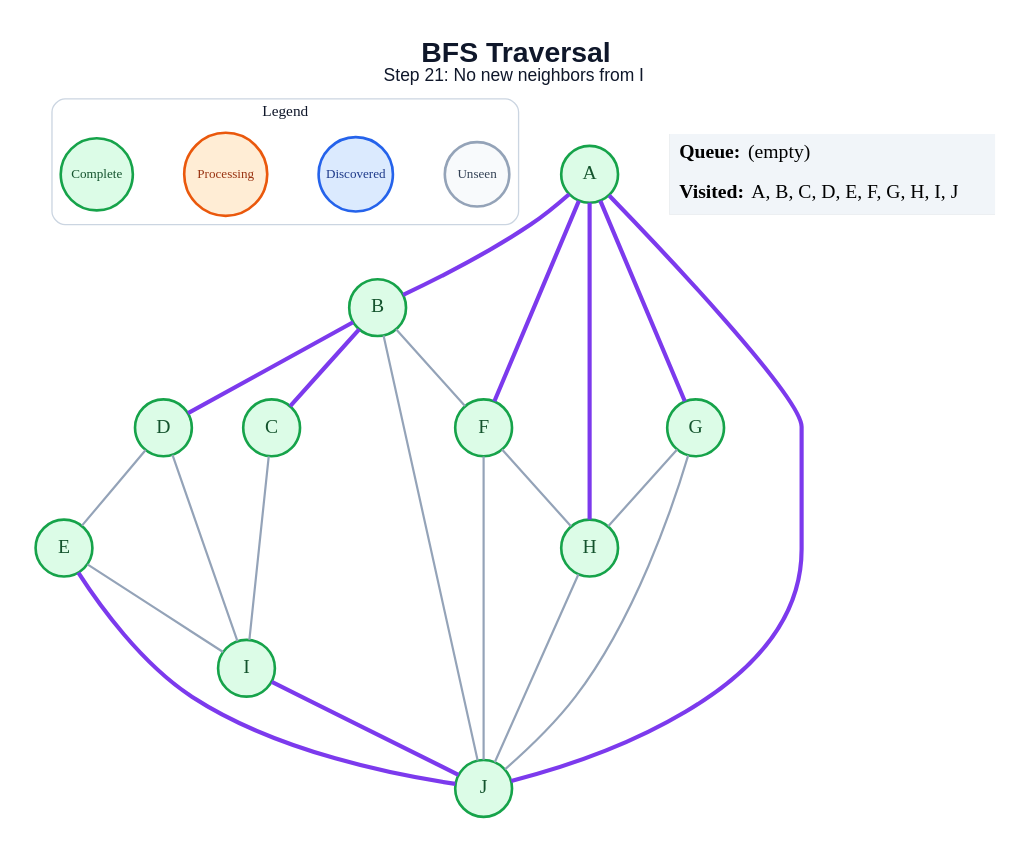
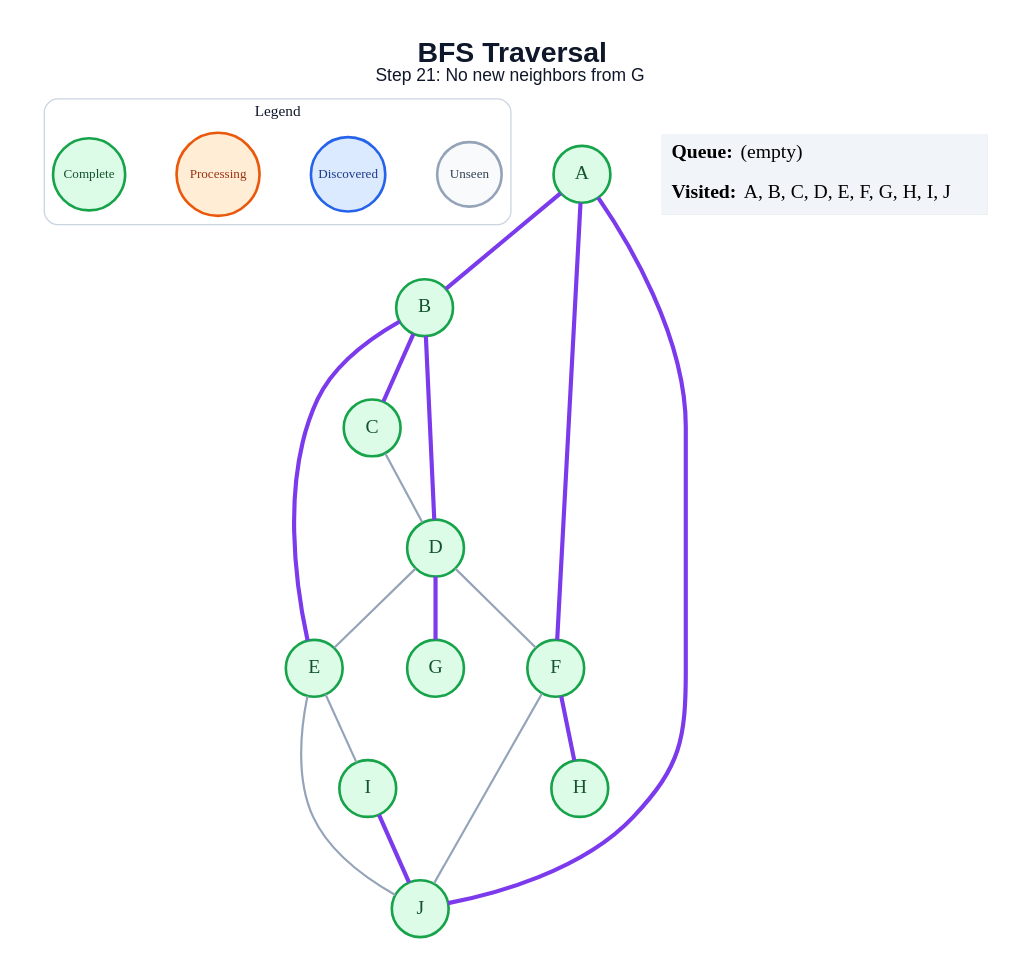
One commit to anon7238593-create/ai-slop changed the diagram in generated/bfs/step_21.dot. Above: the diagram before and after it, drawn with Graphviz. The commit also changed 178 other files, not shown here.

```diff
--- a/generated/bfs/step_21.dot
+++ b/generated/bfs/step_21.dot
@@ -1,49 +1,44 @@
 graph traversal {
   graph [layout=dot, rankdir=TB, bgcolor="#FFFFFF", pad="0.35", nodesep="0.65", ranksep="0.8", fontname="Arial"];
   node [shape=circle, style="filled", fontname="Arial Bold", fontsize=18, width=0.72, fixedsize=true, penwidth=2.4];
   edge [color="#94A3B8", penwidth=2.0];
-  label=<<B>BFS Traversal</B><BR/><FONT POINT-SIZE="16">Step 21: No new neighbors from I</FONT>>; labelloc="t"; fontsize=26; fontname="Arial"; fontcolor="#0F172A";
+  label=<<B>BFS Traversal</B><BR/><FONT POINT-SIZE="16">Step 21: No new neighbors from G</FONT>>; labelloc="t"; fontsize=26; fontname="Arial"; fontcolor="#0F172A";
   subgraph cluster_legend { label="Legend"; color="#CBD5E1"; penwidth=1.2; style="rounded"; fontsize=14; fontname="Arial Bold";
     key_unseen [label="Unseen", fillcolor="#F8FAFC", color="#94A3B8", fontcolor="#334155", fontsize=12, width=0.82];
     key_frontier [label="Discovered", fillcolor="#DBEAFE", color="#2563EB", fontcolor="#1E3A8A", fontsize=12, width=0.95];
     key_current [label="Processing", fillcolor="#FFEDD5", color="#EA580C", fontcolor="#9A3412", fontsize=12, width=1.05];
     key_done [label="Complete", fillcolor="#DCFCE7", color="#16A34A", fontcolor="#14532D", fontsize=12, width=0.92];
     { rank=same; key_unseen; key_frontier; key_current; key_done; }
   }
   A [fillcolor="#DCFCE7", color="#16A34A", fontcolor="#14532D"];
   B [fillcolor="#DCFCE7", color="#16A34A", fontcolor="#14532D"];
   C [fillcolor="#DCFCE7", color="#16A34A", fontcolor="#14532D"];
   D [fillcolor="#DCFCE7", color="#16A34A", fontcolor="#14532D"];
   E [fillcolor="#DCFCE7", color="#16A34A", fontcolor="#14532D"];
   F [fillcolor="#DCFCE7", color="#16A34A", fontcolor="#14532D"];
   G [fillcolor="#DCFCE7", color="#16A34A", fontcolor="#14532D"];
   H [fillcolor="#DCFCE7", color="#16A34A", fontcolor="#14532D"];
   I [fillcolor="#DCFCE7", color="#16A34A", fontcolor="#14532D"];
   J [fillcolor="#DCFCE7", color="#16A34A", fontcolor="#14532D"];
   A -- B [color="#7C3AED", penwidth=3.8];
   A -- F [color="#7C3AED", penwidth=3.8];
-  A -- G [color="#7C3AED", penwidth=3.8];
-  A -- H [color="#7C3AED", penwidth=3.8];
   A -- J [color="#7C3AED", penwidth=3.8];
   B -- C [color="#7C3AED", penwidth=3.8];
   B -- D [color="#7C3AED", penwidth=3.8];
-  B -- F;
-  B -- J;
-  C -- I;
+  B -- E [color="#7C3AED", penwidth=3.8];
+  C -- D;
   D -- E;
-  D -- I;
+  D -- F;
+  D -- G [color="#7C3AED", penwidth=3.8];
   E -- I;
-  E -- J [color="#7C3AED", penwidth=3.8];
-  F -- H;
+  E -- J;
+  F -- H [color="#7C3AED", penwidth=3.8];
   F -- J;
-  G -- H;
-  G -- J;
-  H -- J;
   I -- J [color="#7C3AED", penwidth=3.8];
   status [shape=plain, fixedsize=false, width=0, height=0, margin=0, label=<
     <TABLE BORDER="0" CELLBORDER="0" CELLPADDING="7" BGCOLOR="#F1F5F9">
       <TR><TD ALIGN="LEFT"><B>Queue:</B> (empty)</TD></TR>
       <TR><TD ALIGN="LEFT"><B>Visited:</B> A, B, C, D, E, F, G, H, I, J</TD></TR>
     </TABLE>
   >];
 }
```
